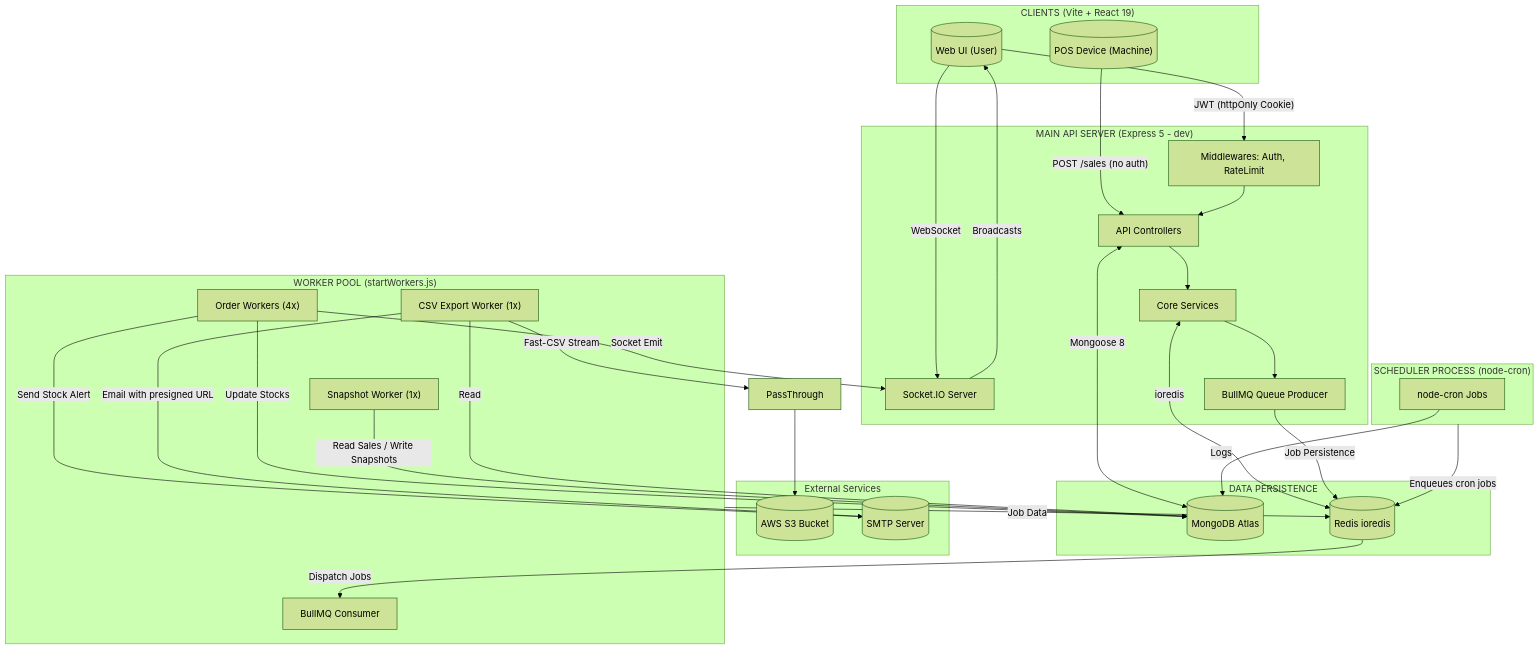
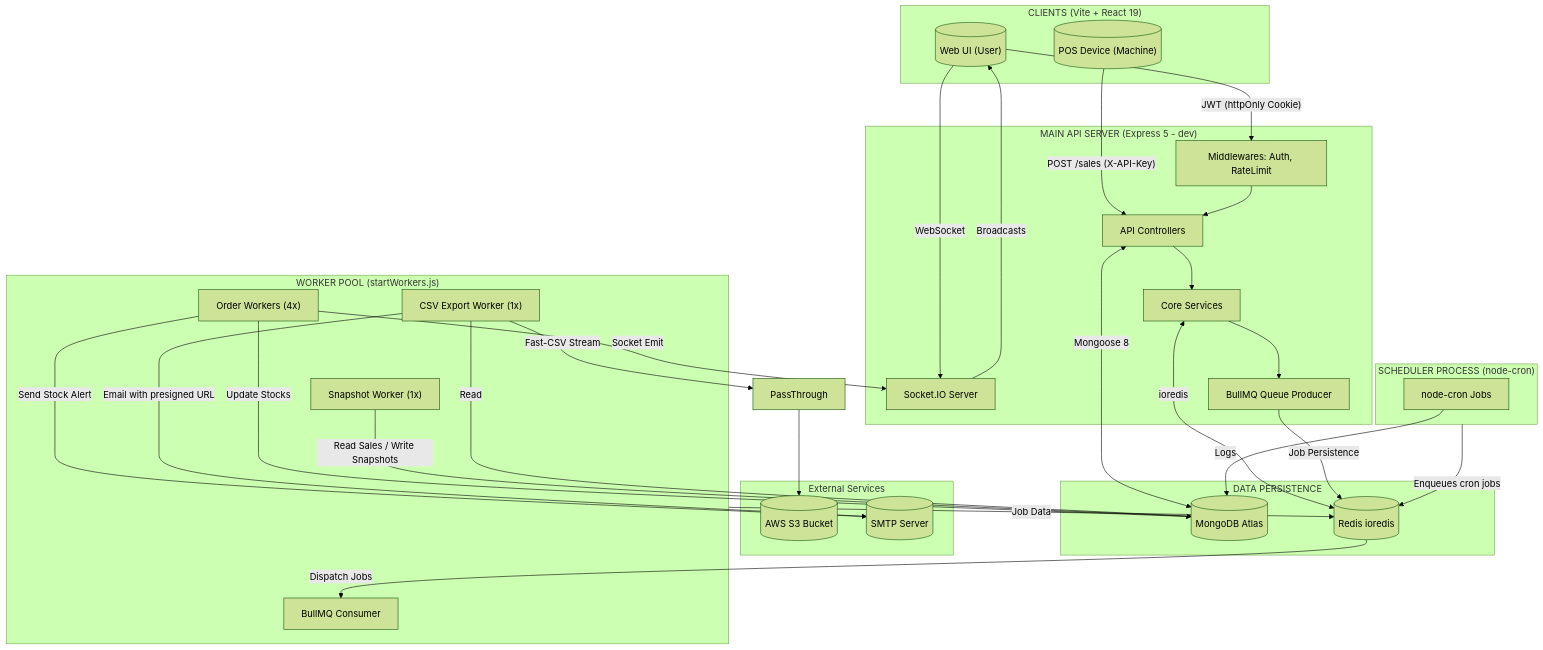
Before and after one commit to Nischay2123/Smart-Kitchen-Inventory-Intelligence: the first of 3 diagrams in README.md, drawn with Mermaid (forest theme). The commit also changed other lines of this file and 1 other file, not shown here.

Commit message:
feat: Update README to reflect changes in POS API key authentication and new POS API key management endpoints

````diff
--- a/README.md
+++ b/README.md
@@ -108,69 +108,69 @@
 ```mermaid
 graph TD
     subgraph Clients["CLIENTS (Vite + React 19)"]
         POS[("POS Device (Machine)")]
         UI[("Web UI (User)")]
     end
 
     subgraph External["External Services"]
         AWS[("AWS S3 Bucket")]
         Mail[("SMTP Server")]
     end
 
     subgraph Data["DATA PERSISTENCE"]
         Mongo[(MongoDB Atlas)]
         Redis[(Redis ioredis)]
     end
 
     subgraph MainApp["MAIN API SERVER (Express 5 - dev)"]
         Middlewares[Middlewares: Auth, RateLimit]
         Controllers[API Controllers]
         Services[Core Services]
         Sockets[Socket.IO Server]
         BullProducer[BullMQ Queue Producer]
     end
 
     subgraph WorkerPool["WORKER POOL (startWorkers.js)"]
         %% Fixed: Enclosed labels with parentheses in double quotes
         O_Worker["Order Workers (4x)"]
         S_Worker["Snapshot Worker (1x)"]
         C_Worker["CSV Export Worker (1x)"]
         BullConsumer[BullMQ Consumer]
     end
 
     subgraph SchedulerApp["SCHEDULER PROCESS (node-cron)"]
         Cron[node-cron Jobs]
     end
 
     %% Client Interactions
-    POS -- "POST /sales (no auth)" --> Controllers
+    POS -- "POST /sales (X-API-Key)" --> Controllers
     UI -- "JWT (httpOnly Cookie)" --> Middlewares
     UI -- "WebSocket" --> Sockets
 
     %% API Internals
     Middlewares --> Controllers
     Controllers --> Services
     Services --> BullProducer
     Sockets -- "Broadcasts" --> UI
 
     %% Data Connections
     Controllers <--"Mongoose 8"--> Mongo
     Services <--"ioredis"--> Redis
     BullProducer -- "Job Persistence" --> Redis
     WorkerPool -- "Job Data" --> Redis
     Cron -- "Logs" --> Mongo
 
     %% Process Connections
     SchedulerApp -- "Enqueues cron jobs" --> Redis
     Redis -- "Dispatch Jobs" --> BullConsumer
 
     %% Worker Actions
     O_Worker -- "Update Stocks" --> Mongo
     O_Worker -- "Socket Emit" --> Sockets
     S_Worker -- "Read Sales / Write Snapshots" --> Mongo
     C_Worker -- "Read" --> Mongo
     C_Worker -- "Fast-CSV Stream" --> Pass[PassThrough]
     Pass --> AWS
     O_Worker -- "Send Stock Alert" --> Mail
     C_Worker -- "Email with presigned URL" --> Mail
 ```
````
